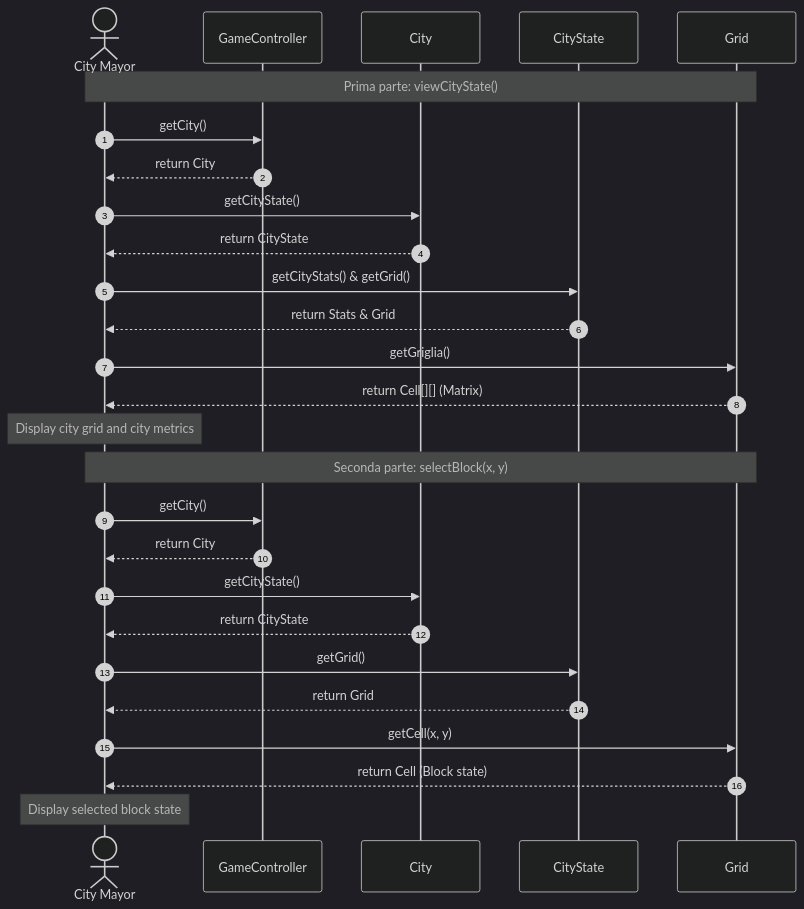
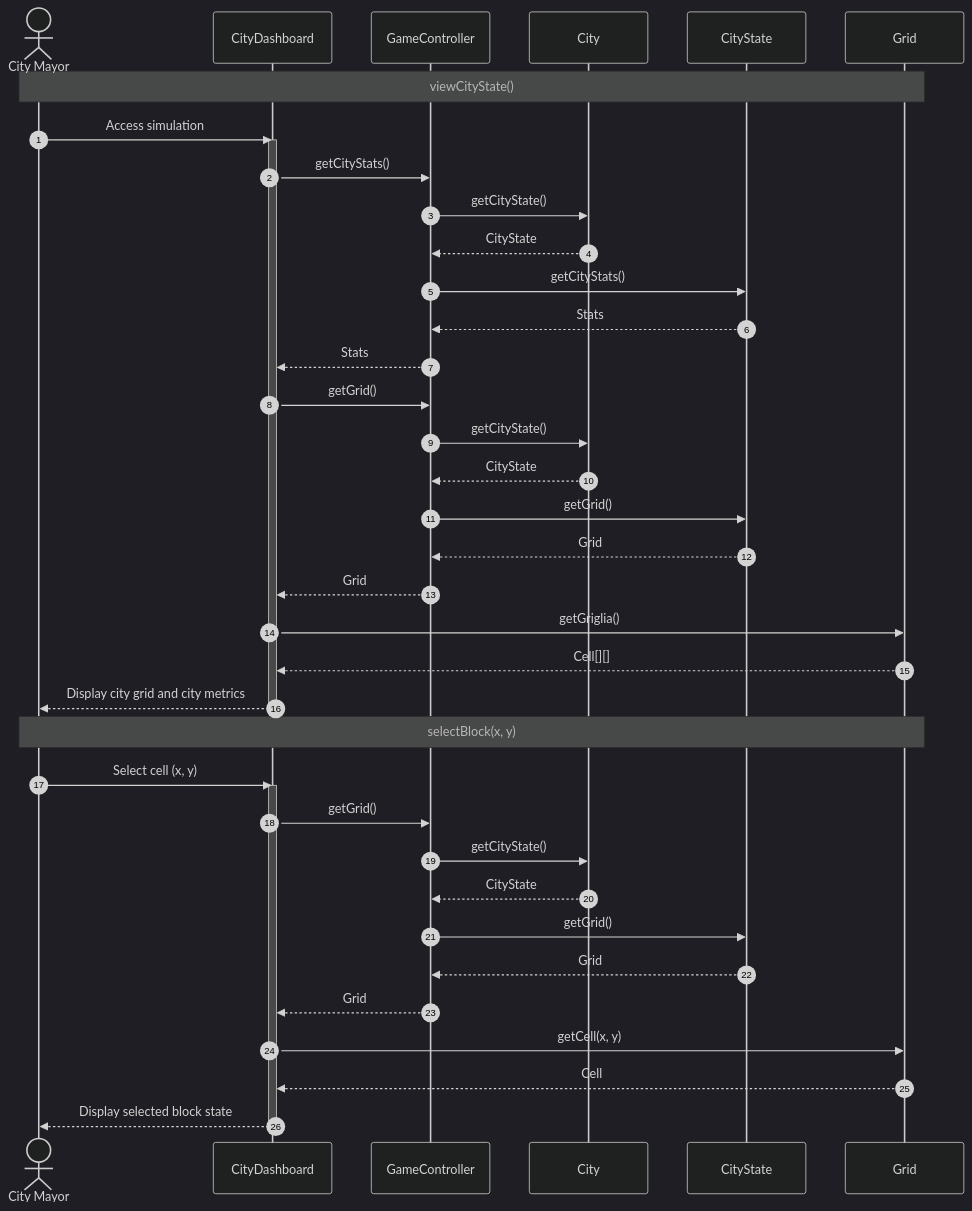
Before and after one commit to andreatoson3-netizen/Amatriciana: the diagram in docs/INTERNAL-SEQUENCE-DIAGRAM/isd-city-monitoring.md, drawn with Mermaid (dark theme).

````diff
--- a/docs/INTERNAL-SEQUENCE-DIAGRAM/isd-city-monitoring.md
+++ b/docs/INTERNAL-SEQUENCE-DIAGRAM/isd-city-monitoring.md
@@ -1,31 +1,54 @@
 ```mermaid
 sequenceDiagram
     autonumber
     actor Mayor as City Mayor
+    participant Dashboard as CityDashboard
     participant Controller as GameController
-    participant CityObj as City
+    participant City as City
     participant State as CityState
-    participant TheGrid as Grid
+    participant Grid as Grid
 
-    Note over Mayor, TheGrid: Prima parte: viewCityState()
-    Mayor->>Controller: getCity()
-    Controller-->>Mayor: return City
-    Mayor->>CityObj: getCityState()
-    CityObj-->>Mayor: return CityState
-    Mayor->>State: getCityStats() & getGrid()
-    State-->>Mayor: return Stats & Grid
-    Mayor->>TheGrid: getGriglia()
-    TheGrid-->>Mayor: return Cell[][] (Matrix)
-    Note over Mayor: Display city grid and city metrics
+    Note over Mayor,Grid: viewCityState()
 
-    Note over Mayor, TheGrid: Seconda parte: selectBlock(x, y)
-    Mayor->>Controller: getCity()
-    Controller-->>Mayor: return City
-    Mayor->>CityObj: getCityState()
-    CityObj-->>Mayor: return CityState
-    Mayor->>State: getGrid()
-    State-->>Mayor: return Grid
-    Mayor->>TheGrid: getCell(x, y)
-    TheGrid-->>Mayor: return Cell (Block state)
-    Note over Mayor: Display selected block state
+    Mayor->>Dashboard: Access simulation
+    activate Dashboard
+
+    Dashboard->>Controller: getCityStats()
+    Controller->>City: getCityState()
+    City-->>Controller: CityState
+    Controller->>State: getCityStats()
+    State-->>Controller: Stats
+    Controller-->>Dashboard: Stats
+
+    Dashboard->>Controller: getGrid()
+    Controller->>City: getCityState()
+    City-->>Controller: CityState
+    Controller->>State: getGrid()
+    State-->>Controller: Grid
+    Controller-->>Dashboard: Grid
+
+    Dashboard->>Grid: getGriglia()
+    Grid-->>Dashboard: Cell[][]
+
+    Dashboard-->>Mayor: Display city grid and city metrics
+    deactivate Dashboard
+
+
+    Note over Mayor,Grid: selectBlock(x, y)
+
+    Mayor->>Dashboard: Select cell (x, y)
+    activate Dashboard
+
+    Dashboard->>Controller: getGrid()
+    Controller->>City: getCityState()
+    City-->>Controller: CityState
+    Controller->>State: getGrid()
+    State-->>Controller: Grid
+    Controller-->>Dashboard: Grid
+
+    Dashboard->>Grid: getCell(x, y)
+    Grid-->>Dashboard: Cell
+
+    Dashboard-->>Mayor: Display selected block state
+    deactivate Dashboard
 ```
````
